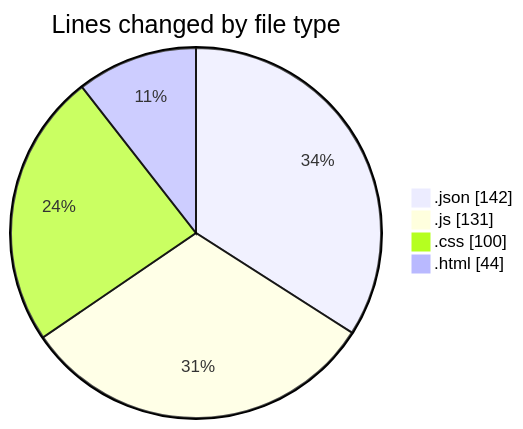
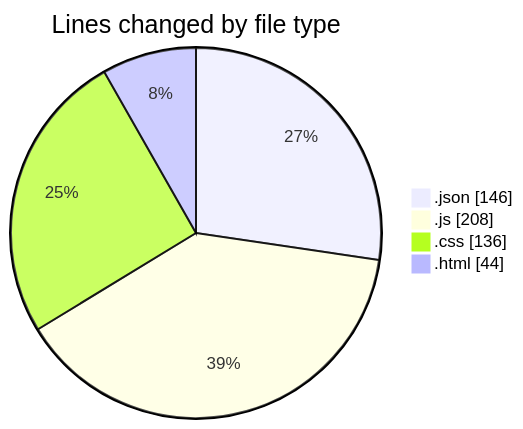
The first of 2 diagrams in 2025-03-13/ai_agent/README.md (donsfak/code-tracking), drawn with Mermaid before and after one commit. The commit also changed other lines of this file and 1 other file, not shown here.

````diff
--- a/2025-03-13/ai_agent/README.md
+++ b/2025-03-13/ai_agent/README.md
@@ -25,8 +26,8 @@
 ```mermaid
 pie showData
 title Lines changed by file type
-".json" : 142
-".js" : 131
-".css" : 100
+".json" : 146
+".js" : 208
+".css" : 136
 ".html" : 44
 ```
````
